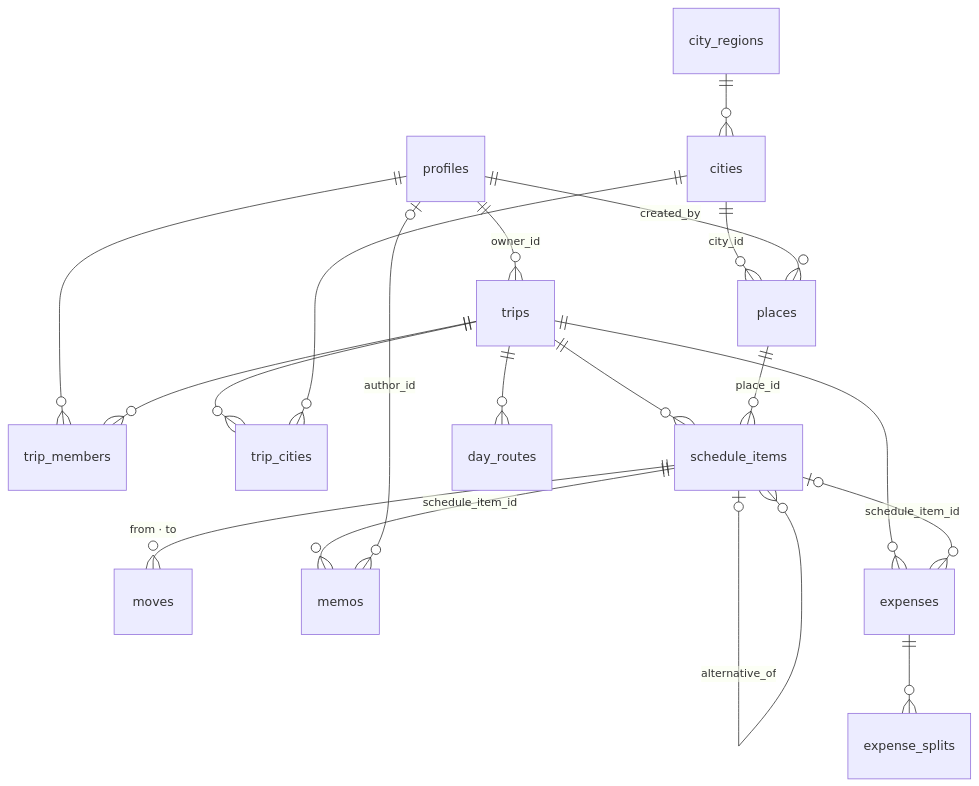
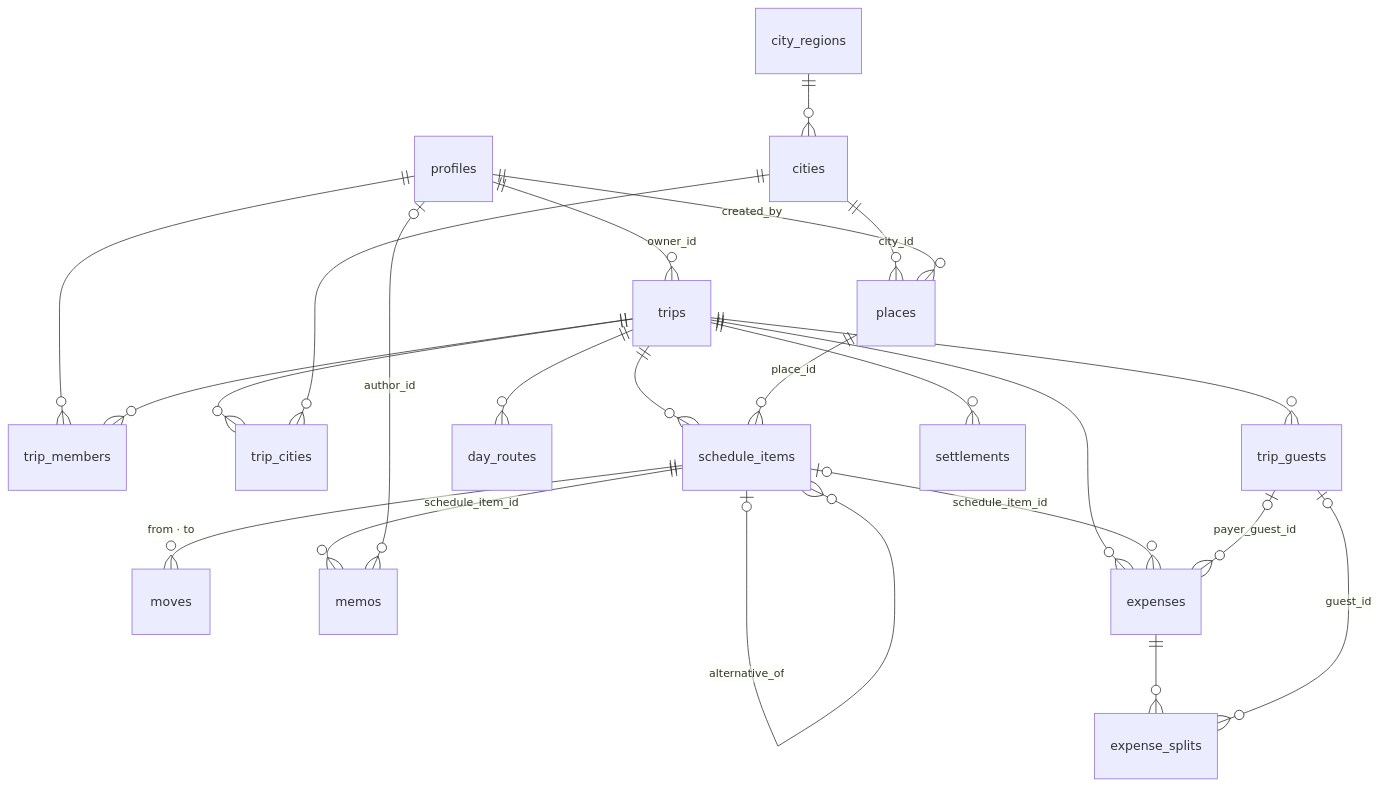
One commit to JayeHa/tripmate changed the diagram in docs/policies/data-model.md. Above: the diagram before and after it, drawn with Mermaid. The commit also changed other lines of this file and 36 other files, not shown here.

````diff
--- a/docs/policies/data-model.md
+++ b/docs/policies/data-model.md
@@ -22,21 +22,25 @@
 ```mermaid
 erDiagram
   profiles ||--o{ trips : "owner_id"
   profiles ||--o{ trip_members : ""
   trips ||--o{ trip_members : ""
   trips ||--o{ trip_cities : ""
   cities ||--o{ trip_cities : ""
   city_regions ||--o{ cities : ""
   cities ||--o{ places : "city_id"
   profiles ||--o{ places : "created_by"
   trips ||--o{ schedule_items : ""
   places ||--o{ schedule_items : "place_id"
   schedule_items |o--o{ schedule_items : "alternative_of"
   schedule_items ||--o{ moves : "from · to"
   schedule_items ||--o{ memos : "schedule_item_id"
   profiles |o--o{ memos : "author_id"
   trips ||--o{ day_routes : ""
   trips ||--o{ expenses : ""
   schedule_items |o--o{ expenses : "schedule_item_id"
   expenses ||--o{ expense_splits : ""
+  trip_guests |o--o{ expenses : "payer_guest_id"
+  trip_guests |o--o{ expense_splits : "guest_id"
+  trips ||--o{ trip_guests : ""
+  trips ||--o{ settlements : ""
 ```
````
